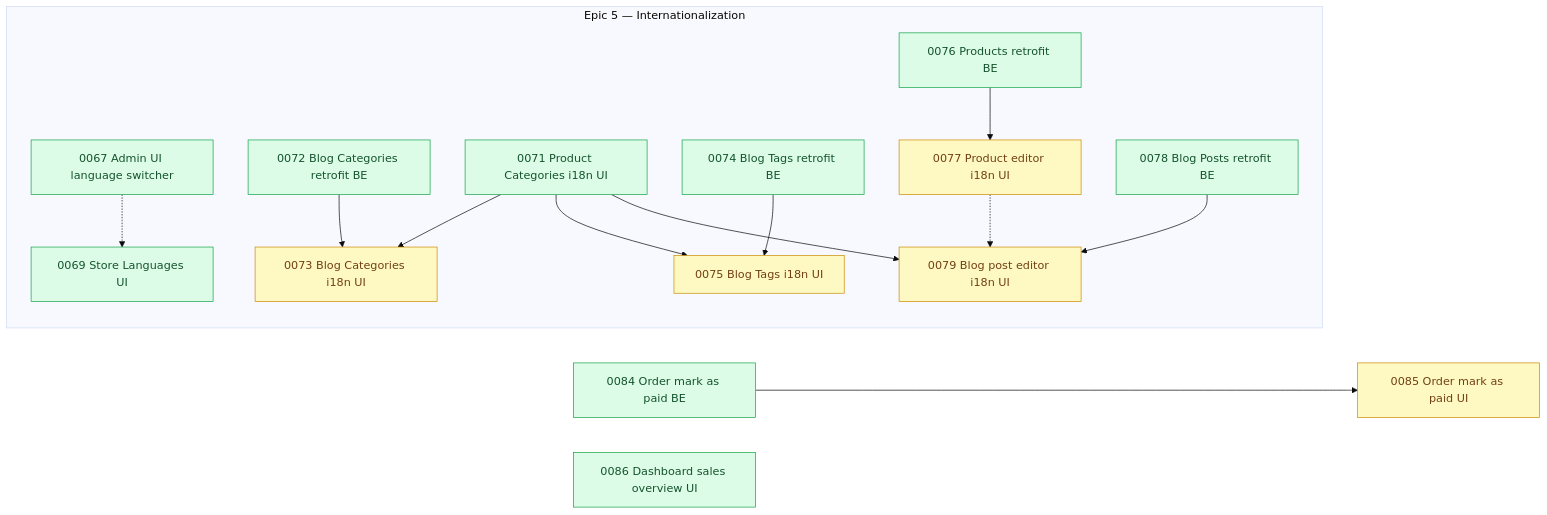
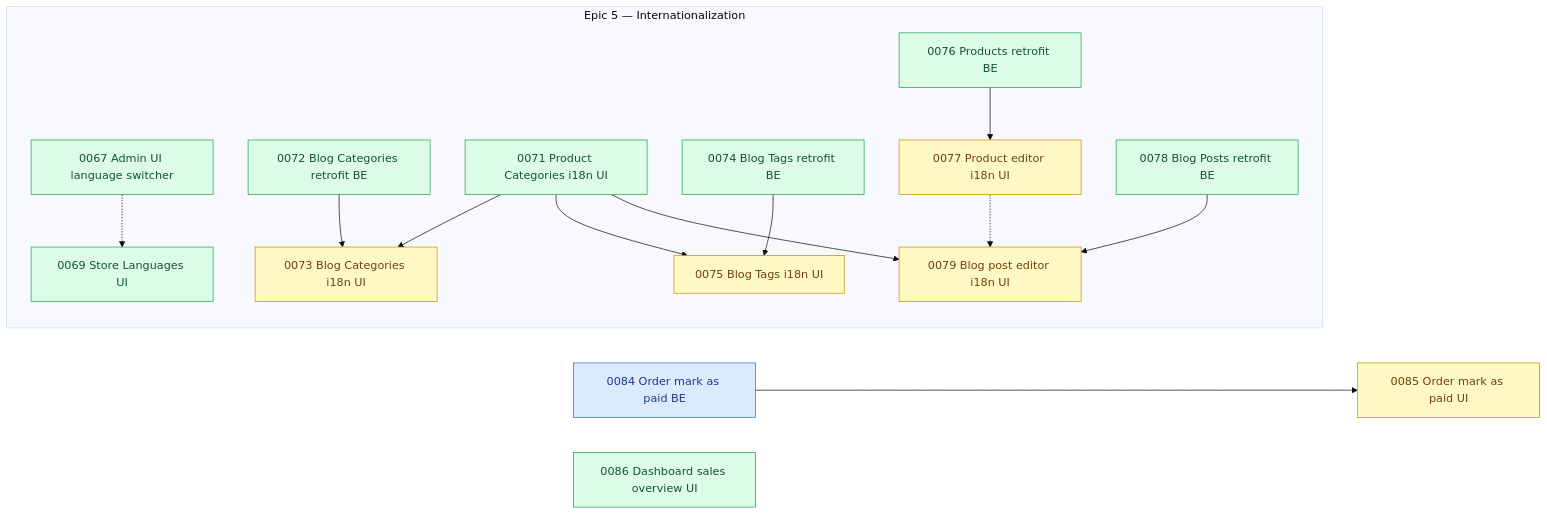
The diagram in arospe/ai-spec/tasks-map.md (shojen/AI4Devs-finalproject), drawn with Mermaid (base theme) before and after one commit. The commit also changed other lines of this file and 4 other files, not shown here.

````diff
--- a/arospe/ai-spec/tasks-map.md
+++ b/arospe/ai-spec/tasks-map.md
@@ -594,5 +600,6 @@
     %% (P0083 -.-> P0085 and P0083 --> P0086 dropped: 0083 is done; 0086 is now ready.)
 
     class P0073,P0075,P0077,P0079,P0085 pending;
-    class P0067,P0069,P0071,P0072,P0074,P0076,P0078,P0084,P0086 ready;
+    class P0067,P0069,P0071,P0072,P0074,P0076,P0078,P0086 ready;
+    class P0084 claimed;
 ```
````
